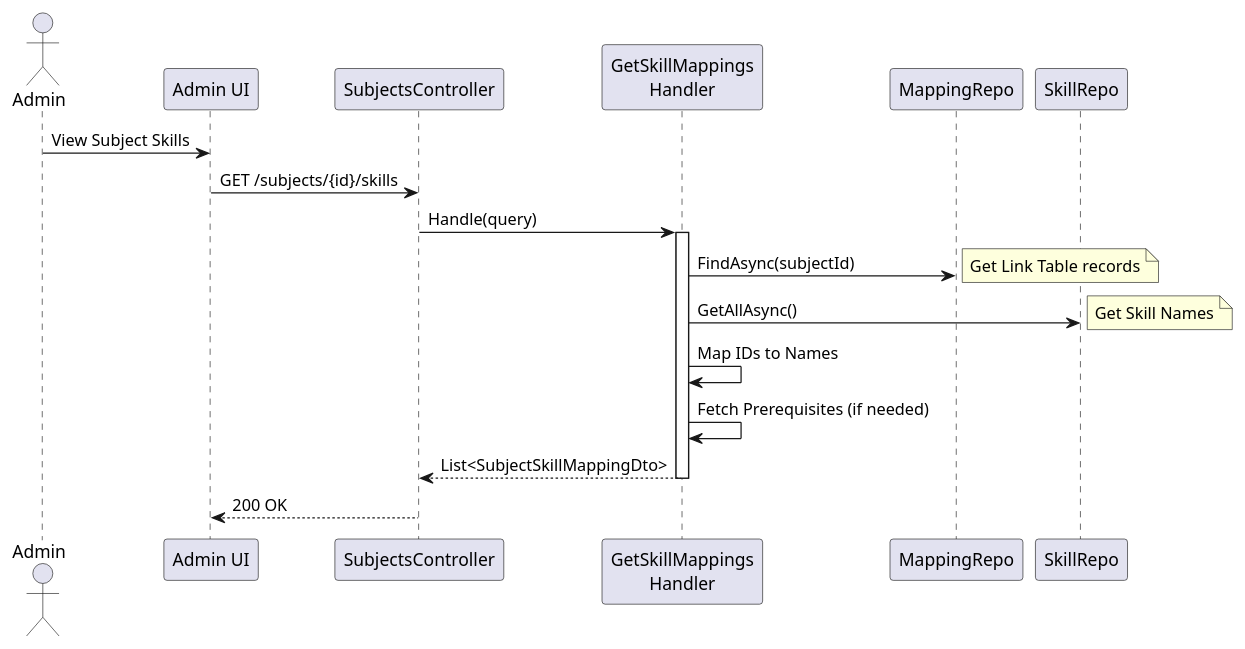
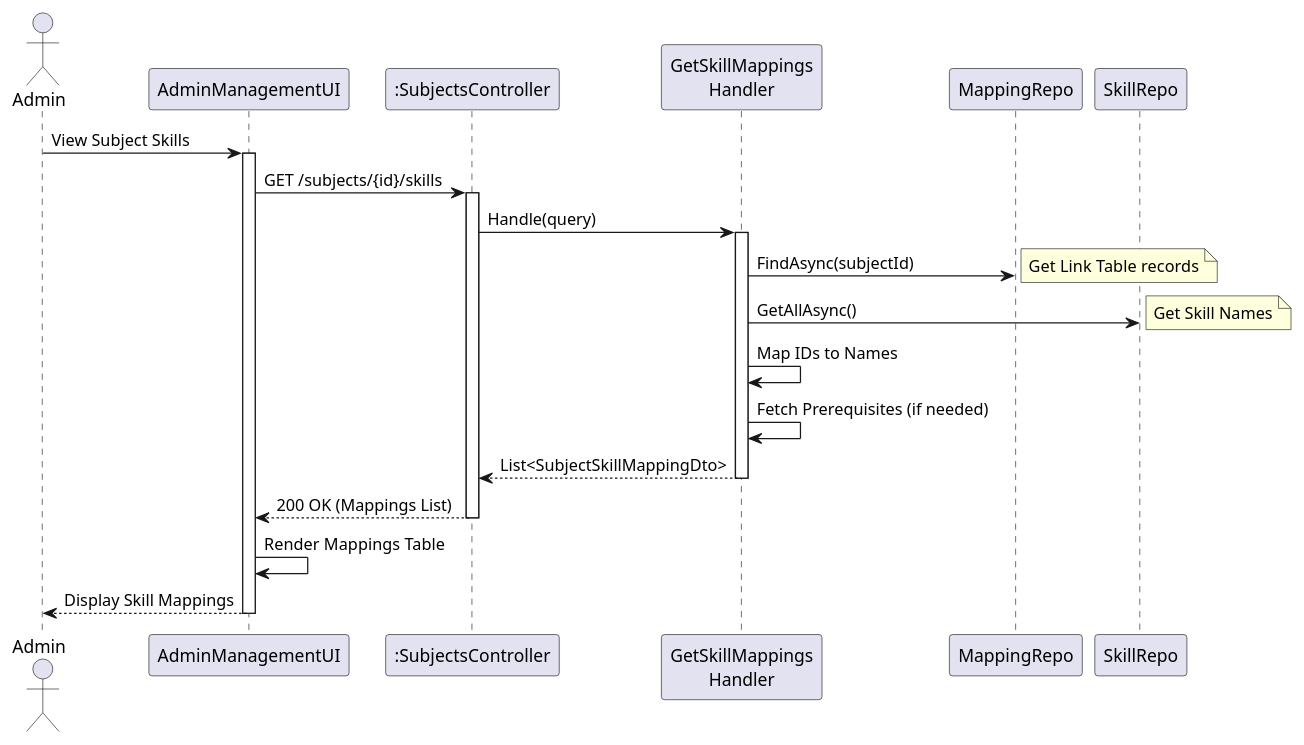
Before and after one commit to FA25SE050-RogueLearn/RogueLearn.BMAD.Documentation: the diagram in docs/srs/diagrams/sequence-diagram/admin-content-subject/get-skill-mappings-seq.puml, drawn with PlantUML. The commit also changed 77 other files, not shown here.

Commit message:
add: fix the sequence diagrams

```diff
--- a/docs/srs/diagrams/sequence-diagram/admin-content-subject/get-skill-mappings-seq.puml
+++ b/docs/srs/diagrams/sequence-diagram/admin-content-subject/get-skill-mappings-seq.puml
@@ -2,27 +2,36 @@
 @startuml
 actor Admin
-participant "Admin UI" as UI
-participant "SubjectsController" as Controller
+participant AdminManagementUI as UI
+participant ":SubjectsController" as Controller
 participant "GetSkillMappings\nHandler" as Handler
 participant "MappingRepo" as MapDB
 participant "SkillRepo" as SkillDB
 
 Admin -> UI : View Subject Skills
+activate UI
+
 UI -> Controller : GET /subjects/{id}/skills
+activate Controller
+
 Controller -> Handler : Handle(query)
 
 activate Handler
     Handler -> MapDB : FindAsync(subjectId)
     note right: Get Link Table records
     
     Handler -> SkillDB : GetAllAsync()
     note right: Get Skill Names
     
     Handler -> Handler : Map IDs to Names
     Handler -> Handler : Fetch Prerequisites (if needed)
     
     Handler --> Controller : List<SubjectSkillMappingDto>
 deactivate Handler
 
-Controller --> UI : 200 OK
+Controller --> UI : 200 OK (Mappings List)
+deactivate Controller
+
+UI -> UI : Render Mappings Table
+UI --> Admin : Display Skill Mappings
+deactivate UI
 @enduml
```
